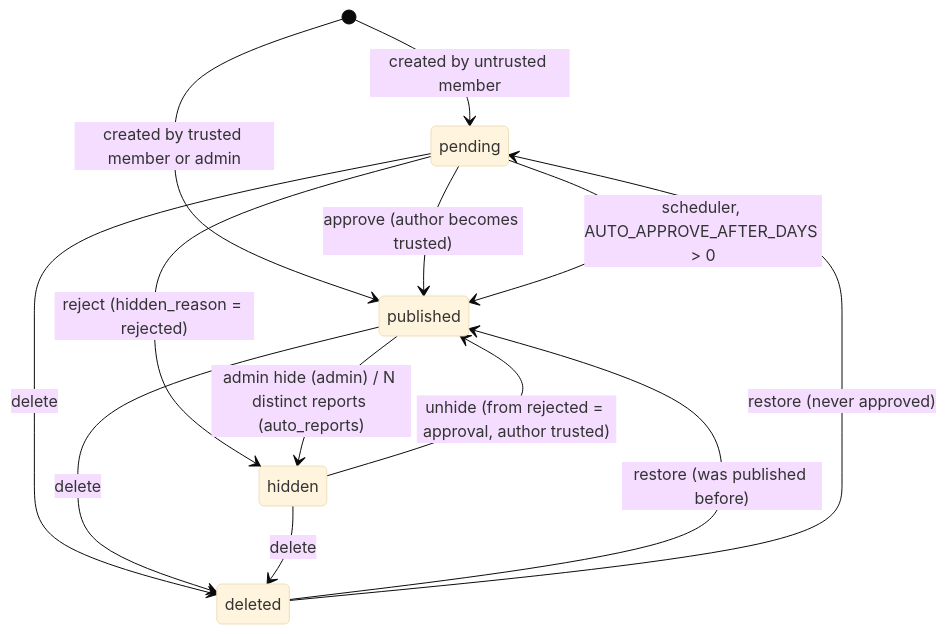
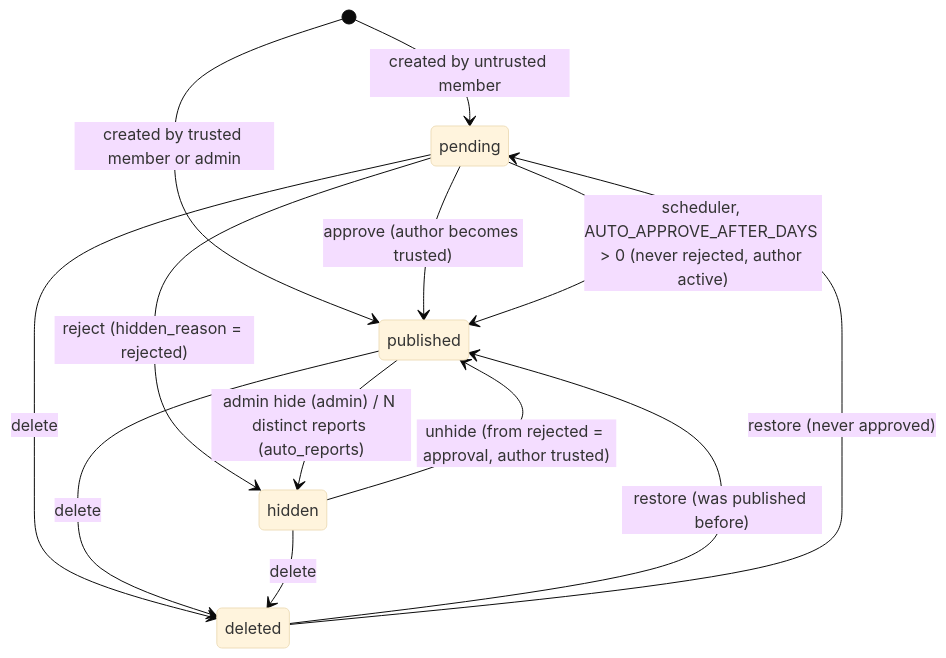
Before and after one commit to firvain/URBANFLOODS-Cooperation-Platform: the first of 2 diagrams in docs/architecture.md, drawn with Mermaid (base theme). The commit also changed other lines of this file and 12 other files, not shown here.

First line of the commit message:
fix(moderation): auto-approve gates and rejected_at (7i)

````diff
--- a/docs/architecture.md
+++ b/docs/architecture.md
@@ -114,15 +114,15 @@
 ```mermaid
 stateDiagram-v2
     [*] --> pending: created by untrusted member
     [*] --> published: created by trusted member or admin
     pending --> published: approve (author becomes trusted)
     pending --> hidden: reject (hidden_reason = rejected)
     published --> hidden: admin hide (admin) / N distinct reports (auto_reports)
     hidden --> published: unhide (from rejected = approval, author trusted)
     pending --> deleted: delete
     published --> deleted: delete
     hidden --> deleted: delete
     deleted --> published: restore (was published before)
     deleted --> pending: restore (never approved)
-    pending --> published: scheduler, AUTO_APPROVE_AFTER_DAYS > 0
+    pending --> published: scheduler, AUTO_APPROVE_AFTER_DAYS > 0 (never rejected, author active)
 ```
````
